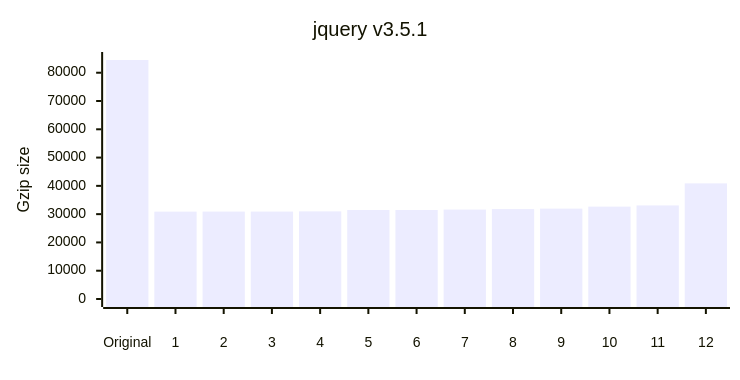
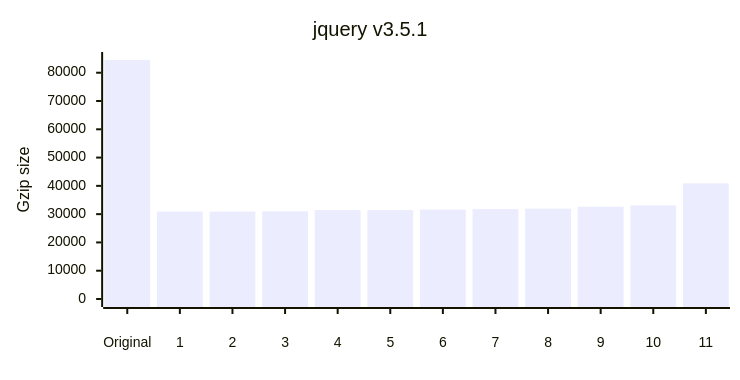
The third of 12 diagrams in README.md (privatenumber/minification-benchmarks), drawn with Mermaid before and after one commit. The commit also changed other lines of this file, not shown here.

````diff
--- a/README.md
+++ b/README.md
@@ -150,17 +156,17 @@
 ```mermaid
 ---
 config:
     xyChart:
         width: 720
         height: 360
         xAxis:
             labelPadding: 20
         yAxis:
             labelPadding: 10
 ---
 xychart-beta
 	title "jquery v3.5.1"
-	x-axis ["Original",1,2,3,4,5,6,7,8,9,10,11,12]
+	x-axis ["Original",1,2,3,4,5,6,7,8,9,10,11]
 	y-axis "Gzip size" 0 --> 84498
-	bar [84498,30881,30903,30912,30970,31468,31470,31621,31799,31954,32653,33086,40879]
+	bar [84498,30903,30906,30970,31468,31470,31621,31799,31954,32653,33086,40879]
 ```
````
